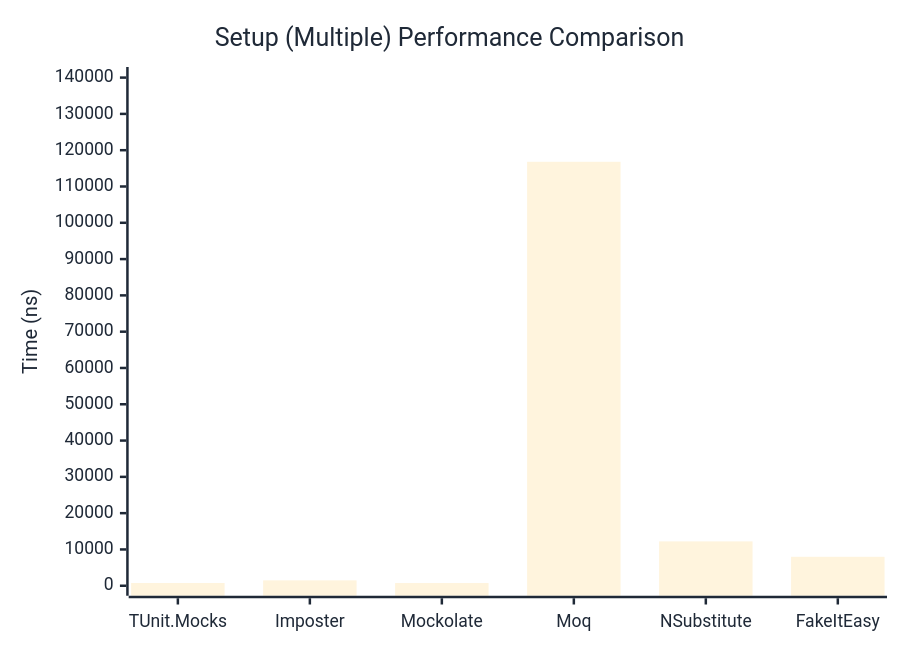
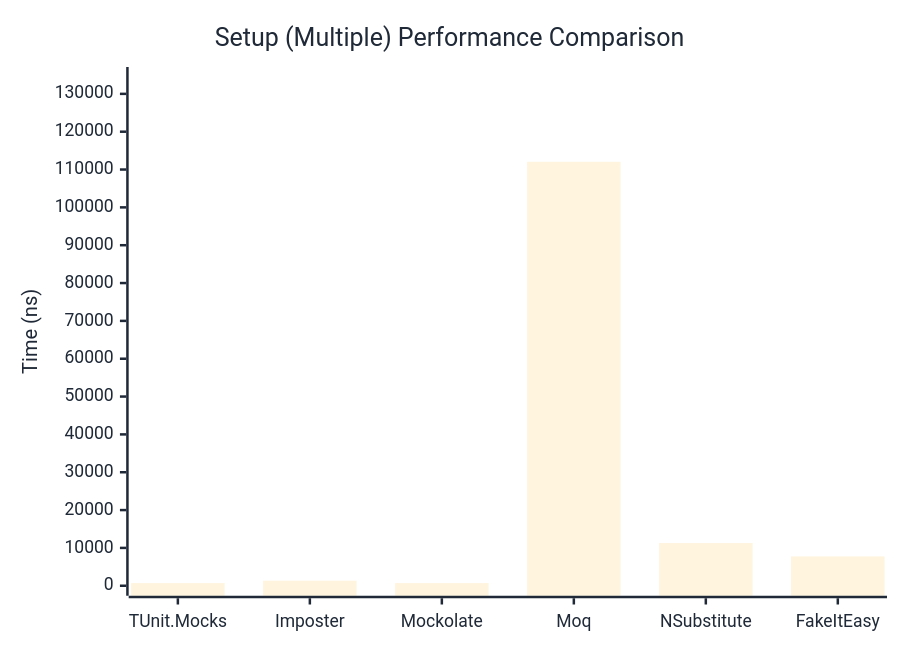
The second of 2 diagrams in docs/docs/benchmarks/mocks/Setup.md (thomhurst/TUnit), drawn with Mermaid before and after one commit. The commit also changed other lines of this file and 14 other files, not shown here.

````diff
--- a/docs/docs/benchmarks/mocks/Setup.md
+++ b/docs/docs/benchmarks/mocks/Setup.md
@@ -69,27 +69,27 @@
 ```mermaid
 %%{init: {
   'theme':'base',
   'themeVariables': {
     'primaryColor': '#2563eb',
     'primaryTextColor': '#1f2937',
     'primaryBorderColor': '#1e40af',
     'lineColor': '#6b7280',
     'secondaryColor': '#7c3aed',
     'tertiaryColor': '#dc2626',
     'background': '#ffffff',
     'pie1': '#2563eb',
     'pie2': '#7c3aed',
     'pie3': '#dc2626',
     'pie4': '#f59e0b',
     'pie5': '#10b981',
     'pie6': '#06b6d4',
     'pie7': '#ec4899',
     'pie8': '#6366f1'
   }
 }}%%
 xychart-beta
   title "Setup (Multiple) Performance Comparison"
   x-axis ["TUnit.Mocks", "Imposter", "Mockolate", "Moq", "NSubstitute", "FakeItEasy"]
-  y-axis "Time (ns)" 0 --> 140166
-  bar [756.4, 1480.8, 743.4, 116804.7, 12220, 7978.2]
+  y-axis "Time (ns)" 0 --> 134456
+  bar [698.3, 1335.4, 703.4, 112046.5, 11281.6, 7747.7]
 ```
````
